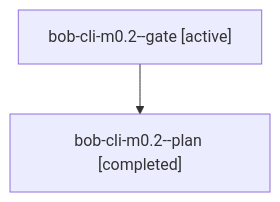
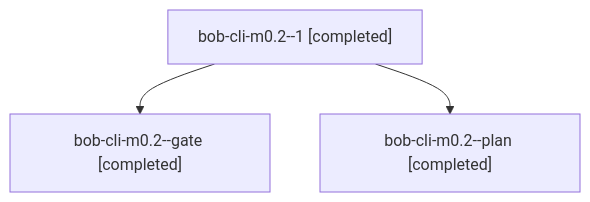
Before and after one commit to bobs-org/bob-cli--agents: the diagram in sessions/bbugyi200.apollo.bob-cli-m0.2.md, drawn with Mermaid. The commit also changed other lines of this file and 29 other files, not shown here.

````diff
--- a/sessions/bbugyi200.apollo.bob-cli-m0.2.md
+++ b/sessions/bbugyi200.apollo.bob-cli-m0.2.md
@@ -9,6 +9,8 @@
 ```mermaid
 flowchart TD
-  n0["bob-cli-m0.2--gate [active]"]
-  n1["bob-cli-m0.2--plan [completed]"]
+  n0["bob-cli-m0.2--1 [completed]"]
+  n1["bob-cli-m0.2--gate [completed]"]
   n0 --> n1
+  n2["bob-cli-m0.2--plan [completed]"]
+  n0 --> n2
 ```
````
